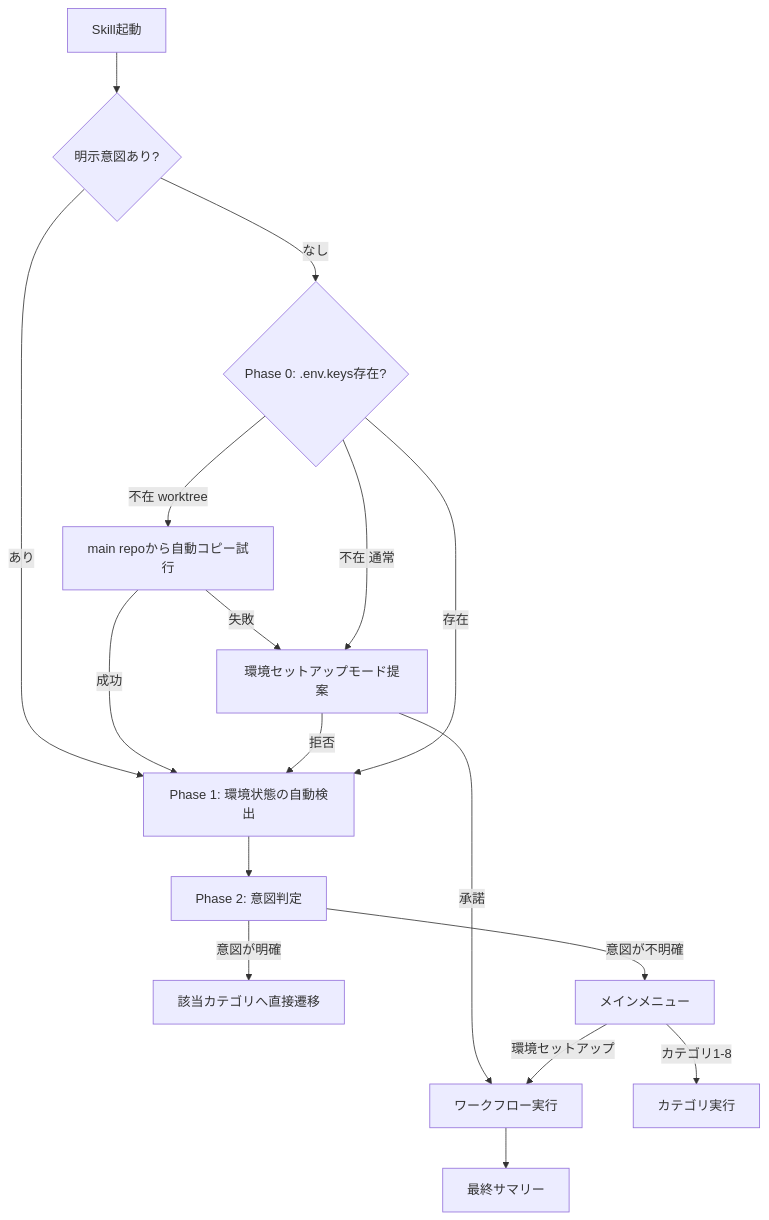
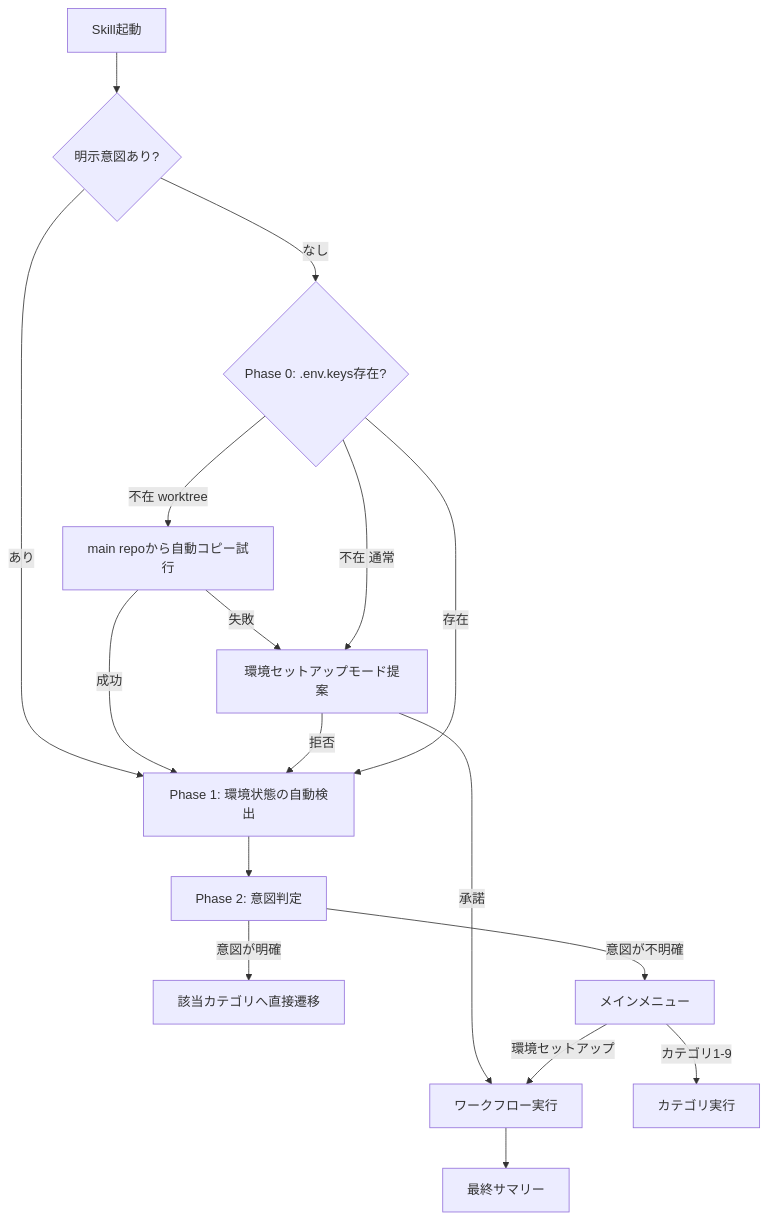
One commit to einja-inc/einja-management-template changed the diagram in .claude/skills/einja-infra-maintenance/SKILL.md. Above: the diagram before and after it, drawn with Mermaid. The commit also changed other lines of this file and 12 other files, not shown here.

````diff
--- a/.claude/skills/einja-infra-maintenance/SKILL.md
+++ b/.claude/skills/einja-infra-maintenance/SKILL.md
@@ -34,19 +34,19 @@
 ```mermaid
 graph TB
     Start[Skill起動] --> Intent{明示意図あり?}
     Intent -->|あり| Detect
     Intent -->|なし| Phase0{Phase 0: .env.keys存在?}
     Phase0 -->|不在 worktree| TryCopy[main repoから自動コピー試行]
     TryCopy -->|成功| Detect
     TryCopy -->|失敗| Propose
     Phase0 -->|不在 通常| Propose[環境セットアップモード提案]
     Propose -->|承諾| Workflow[ワークフロー実行]
     Propose -->|拒否| Detect
     Phase0 -->|存在| Detect[Phase 1: 環境状態の自動検出]
     Detect --> Judge[Phase 2: 意図判定]
     Judge -->|意図が明確| Direct[該当カテゴリへ直接遷移]
     Judge -->|意図が不明確| Menu[メインメニュー]
     Menu -->|環境セットアップ| Workflow
-    Menu -->|カテゴリ1-8| Cat[カテゴリ実行]
+    Menu -->|カテゴリ1-9| Cat[カテゴリ実行]
     Workflow --> Result[最終サマリー]
 ```
````
